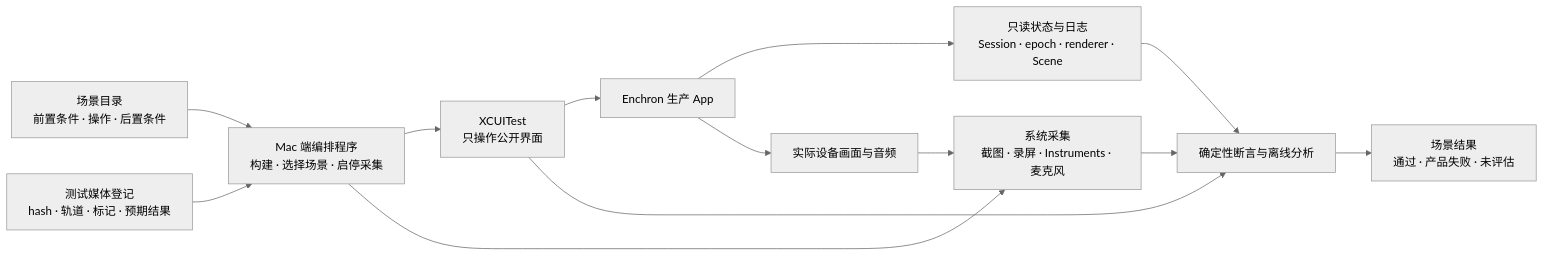
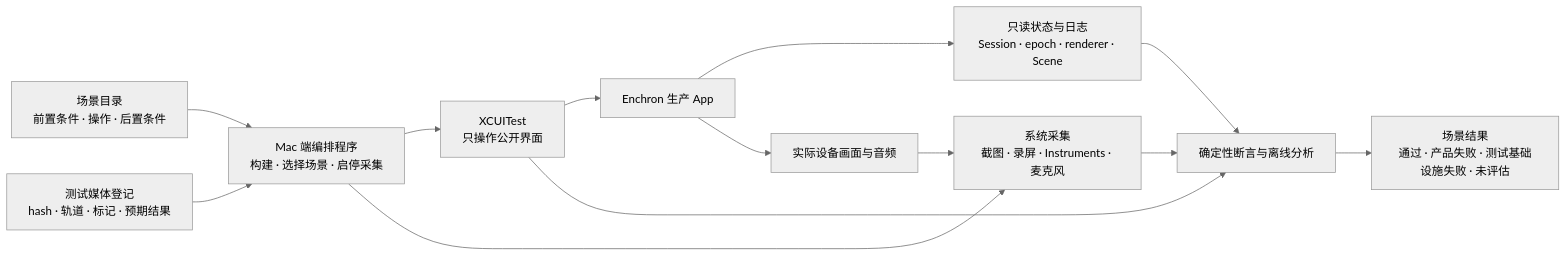
One commit to 1873663116/Enchron changed the diagram in docs/acceptance/regression-matrix.md. Above: the diagram before and after it, drawn with Mermaid (neutral theme). The commit also changed other lines of this file and 124 other files, not shown here.

````diff
--- a/docs/acceptance/regression-matrix.md
+++ b/docs/acceptance/regression-matrix.md
@@ -9,15 +9,15 @@
 ```mermaid
 flowchart LR
     Catalog["场景目录\n前置条件 · 操作 · 后置条件"] --> Orchestrator["Mac 端编排程序\n构建 · 选择场景 · 启停采集"]
     Registry["测试媒体登记\nhash · 轨道 · 标记 · 预期结果"] --> Orchestrator
     Orchestrator --> XCUITest["XCUITest\n只操作公开界面"]
     Orchestrator --> Capture["系统采集\n截图 · 录屏 · Instruments · 麦克风"]
     XCUITest --> App["Enchron 生产 App"]
     App --> State["只读状态与日志\nSession · epoch · renderer · Scene"]
     App --> Visual["实际设备画面与音频"]
     Visual --> Capture
     State --> Judge["确定性断言与离线分析"]
     XCUITest --> Judge
     Capture --> Judge
-    Judge --> Result["场景结果\n通过 · 产品失败 · 未评估"]
+    Judge --> Result["场景结果\n通过 · 产品失败 · 测试基础设施失败 · 未评估"]
 ```
````
